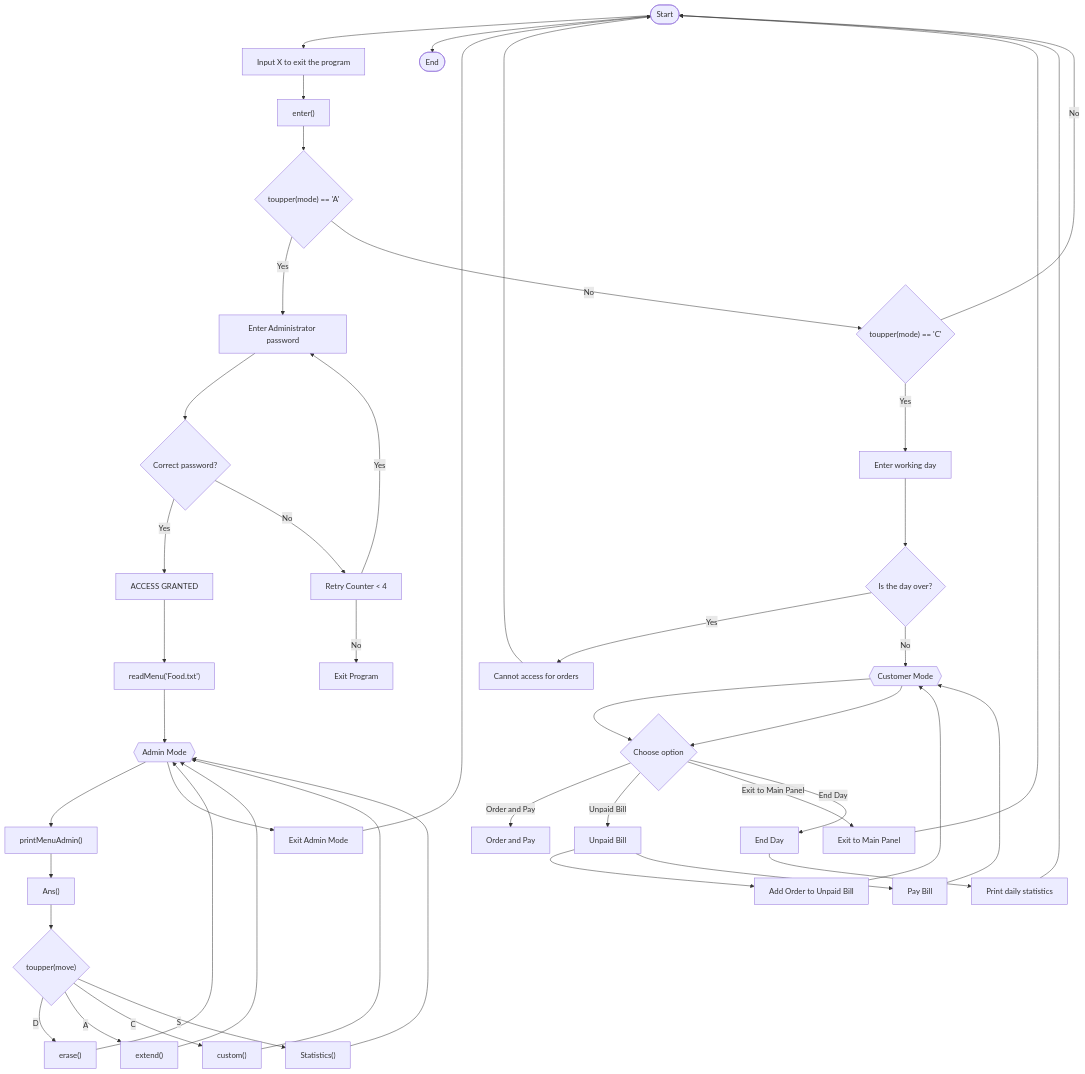
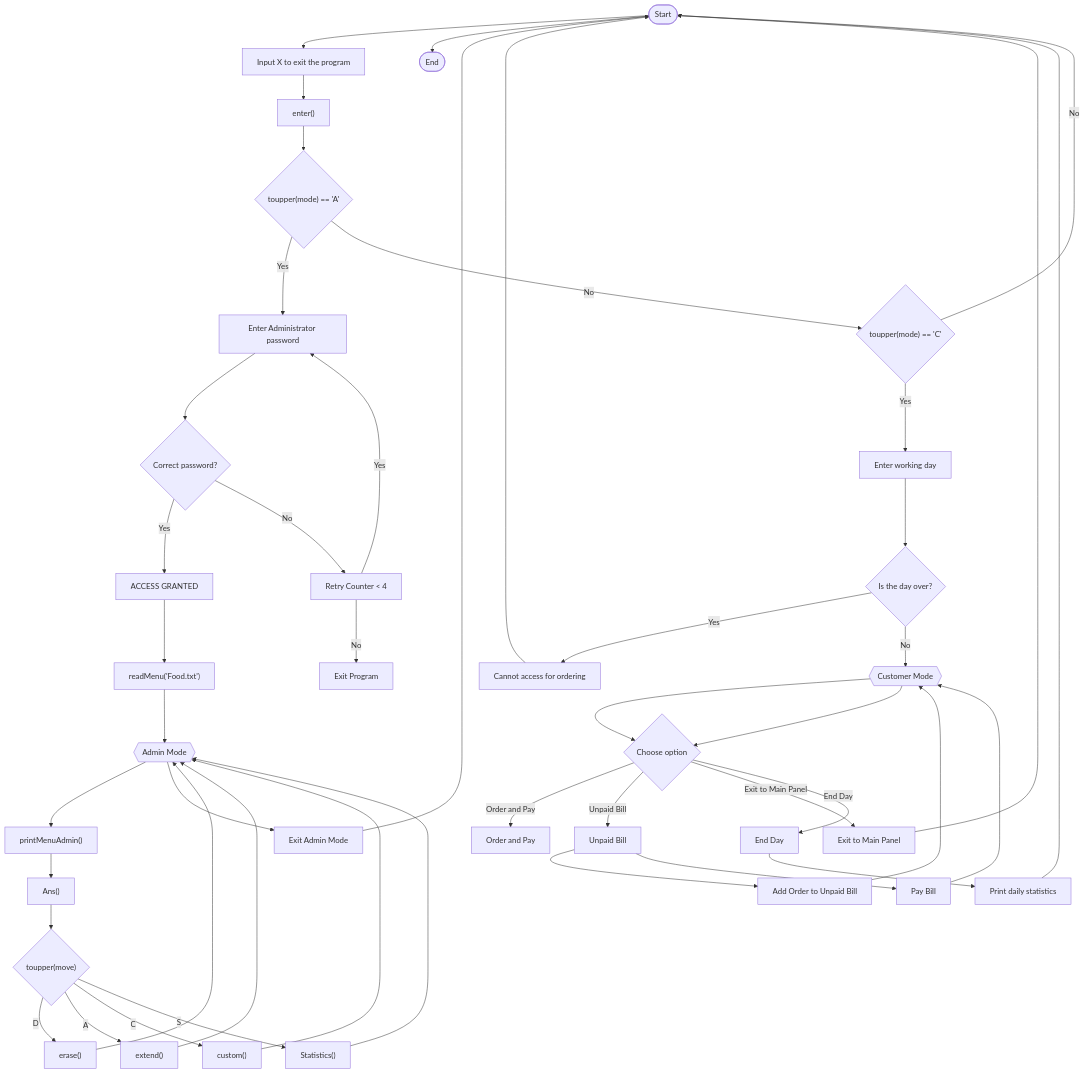
The diagram in README.md (Violetta147/food-management-system), drawn with Mermaid before and after one commit.

````diff
--- a/README.md
+++ b/README.md
@@ -18,52 +18,52 @@
 ```mermaid
 flowchart TD
     Start([Start]) --> InputX["Input X to exit the program"]
     InputX --> Enter["enter()"]
     Enter --> ModeCheck{"toupper(mode) == 'A'"}
     
     ModeCheck -- Yes --> AdminPassword["Enter Administrator password"]
     AdminPassword --> PassCheck{"Correct password?"}
     PassCheck -- Yes --> AccessGranted["ACCESS GRANTED"]
     AccessGranted --> ReadMenu["readMenu('Food.txt')"]
     ReadMenu --> AdminModeLoop{{"Admin Mode"}}
     
     PassCheck -- No --> RetryCounter["Retry Counter < 4"]
     RetryCounter -- Yes --> AdminPassword
     RetryCounter -- No --> ExitProgram["Exit Program"]
     
     AdminModeLoop --> PrintAdminMenu["printMenuAdmin()"]
     PrintAdminMenu --> AdminAns["Ans()"]
     AdminAns --> MoveCheck{"toupper(move)"}
     
     MoveCheck -- "D" --> Erase["erase()"] --> AdminModeLoop
     MoveCheck -- "A" --> Extend["extend()"] --> AdminModeLoop
     MoveCheck -- "C" --> Custom["custom()"] --> AdminModeLoop
     MoveCheck -- "S" --> Statistics["Statistics()"] --> AdminModeLoop
     
     AdminModeLoop --> ExitAdminMode["Exit Admin Mode"] --> Start
     
     ModeCheck -- No --> CustomerCheck{"toupper(mode) == 'C'"}
     CustomerCheck -- Yes --> WorkingDay["Enter working day"]
     WorkingDay --> DayStatus{"Is the day over?"}
-    DayStatus -- Yes --> NoAccess["Cannot access for orders"] --> Start
+    DayStatus -- Yes --> NoAccess["Cannot access for ordering"] --> Start
     DayStatus -- No --> CustomerMode{{"Customer Mode"}}
     
     CustomerMode --> CustomerOption{"Choose option"}
     CustomerOption -- "Order and Pay" --> OrderPay["Order and Pay"]
     CustomerOption -- "Unpaid Bill" --> UnpaidBill["Unpaid Bill"]
     CustomerOption -- "Exit to Main Panel" --> ExitMain["Exit to Main Panel"] --> Start
     CustomerOption -- "End Day" --> EndDay["End Day"]
     
     UnpaidBill --> AddOrder["Add Order to Unpaid Bill"]
     UnpaidBill --> PayBill["Pay Bill"]
     AddOrder --> CustomerMode
     PayBill --> CustomerMode
     
     EndDay --> DayStatistics["Print daily statistics"]
     DayStatistics --> Start
 
     CustomerMode --> CustomerOption
     CustomerCheck -- No --> Start
     
     Start --> End([End])
 ```
````
